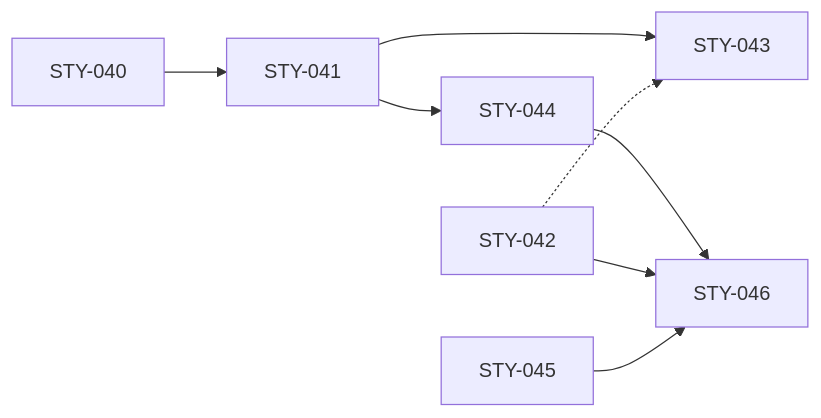
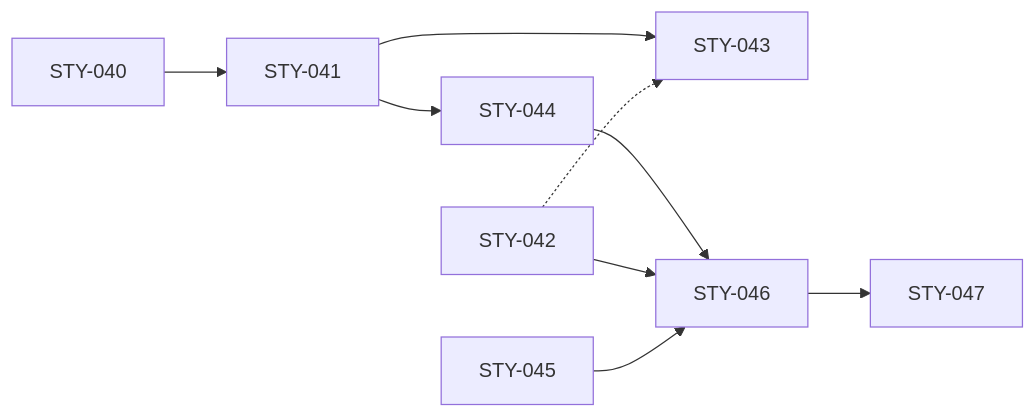
Before and after one commit to DHCW-Digital-Health-and-Care-Wales/roadmaps: the diagram in docs/backlog/EPC-011-adding-roadmaps-and-items/README.md, drawn with Mermaid. The commit also changed other lines of this file and 14 other files, not shown here.

````diff
--- a/docs/backlog/EPC-011-adding-roadmaps-and-items/README.md
+++ b/docs/backlog/EPC-011-adding-roadmaps-and-items/README.md
@@ -176,8 +199,8 @@
 ```mermaid
 flowchart LR
   STY-040 --> STY-041 --> STY-043
   STY-041 --> STY-044 --> STY-046
   STY-042 --> STY-046
   STY-042 -.-> STY-043
-  STY-045 --> STY-046
+  STY-045 --> STY-046 --> STY-047
 ```
````
